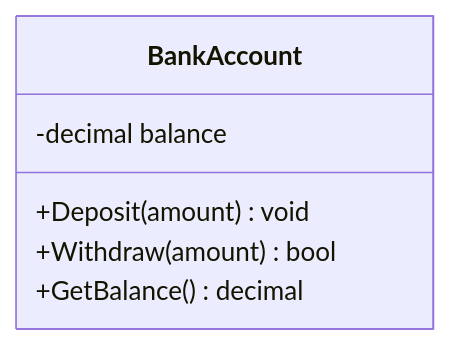
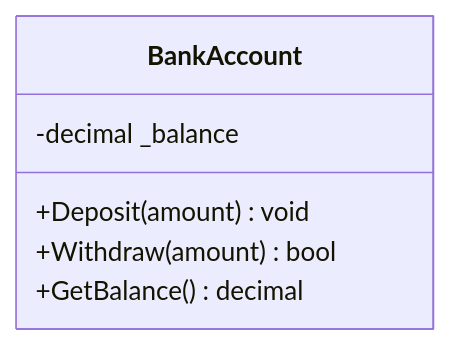
Before and after one commit to tushardongre1990/LLD-Claude: the second of 6 diagrams in 00-Foundations/01-OOP-Basics/notes.md, drawn with Mermaid. The commit also changed other lines of this file and 9 other files, not shown here.

````diff
--- a/00-Foundations/01-OOP-Basics/notes.md
+++ b/00-Foundations/01-OOP-Basics/notes.md
@@ -59,9 +66,9 @@
 ```mermaid
 classDiagram
     class BankAccount {
-        -decimal balance
+        -decimal _balance
         +Deposit(amount) void
         +Withdraw(amount) bool
         +GetBalance() decimal
     }
 ```
````
